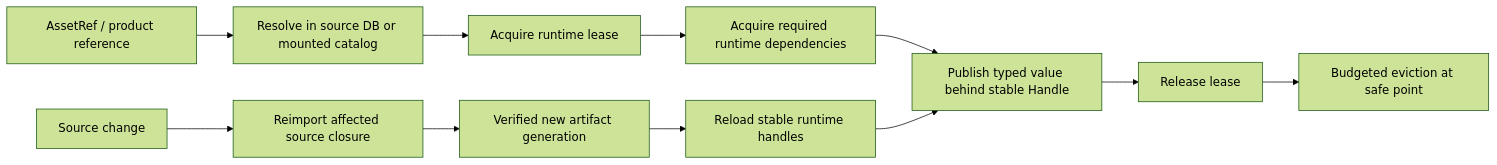
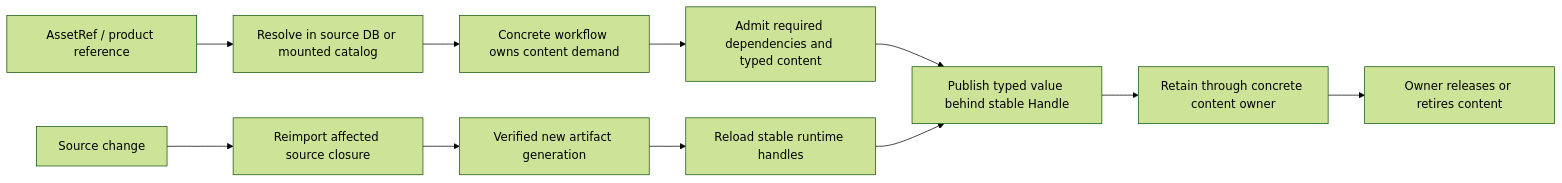
The first of 2 diagrams in docs/architecture/adr/0037-asset-load-request-cache-and-lifetime-policy.md (Latias94/nara), drawn with Mermaid (forest theme) before and after one commit. The commit also changed other lines of this file and 5 other files, not shown here.

Commit message:
docs(architecture): separate accepted invariants from future representations

````diff
--- a/docs/architecture/adr/0037-asset-load-request-cache-and-lifetime-policy.md
+++ b/docs/architecture/adr/0037-asset-load-request-cache-and-lifetime-policy.md
@@ -31,14 +33,14 @@
 ```mermaid
 flowchart LR
     Ref[AssetRef / product reference] --> Resolve[Resolve in source DB or mounted catalog]
-    Resolve --> Acquire[Acquire runtime lease]
-    Acquire --> Deps[Acquire required runtime dependencies]
-    Deps --> Publish[Publish typed value behind stable Handle]
-    Publish --> Release[Release lease]
-    Release --> Evict[Budgeted eviction at safe point]
+    Resolve --> Owner[Concrete workflow owns content demand]
+    Owner --> Materialize[Admit required dependencies and typed content]
+    Materialize --> Publish[Publish typed value behind stable Handle]
+    Publish --> Retain[Retain through concrete content owner]
+    Retain --> Release[Owner releases or retires content]
 
     Change[Source change] --> Reimport[Reimport affected source closure]
     Reimport --> Generation[Verified new artifact generation]
     Generation --> Swap[Reload stable runtime handles]
     Swap --> Publish
 ```
````
